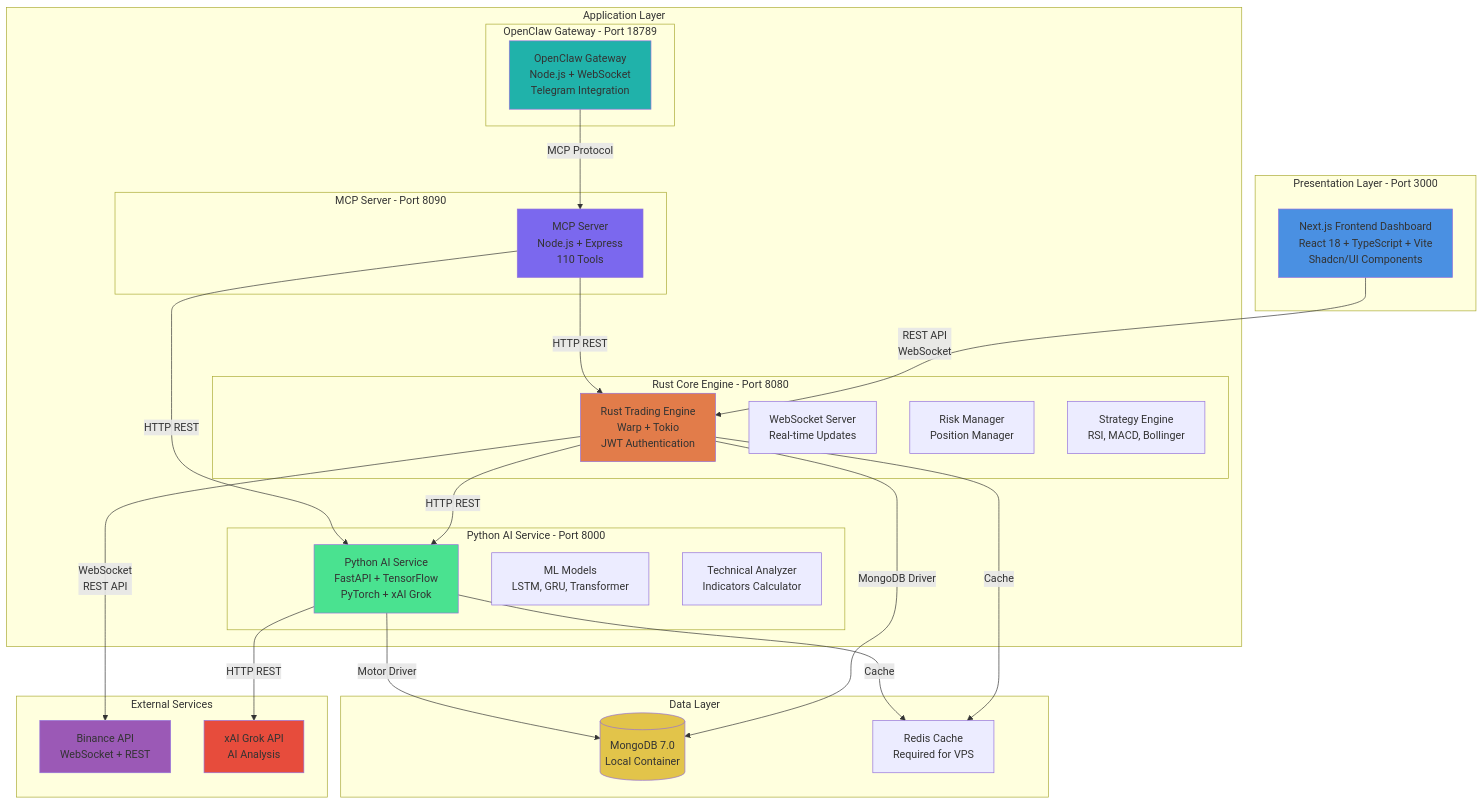
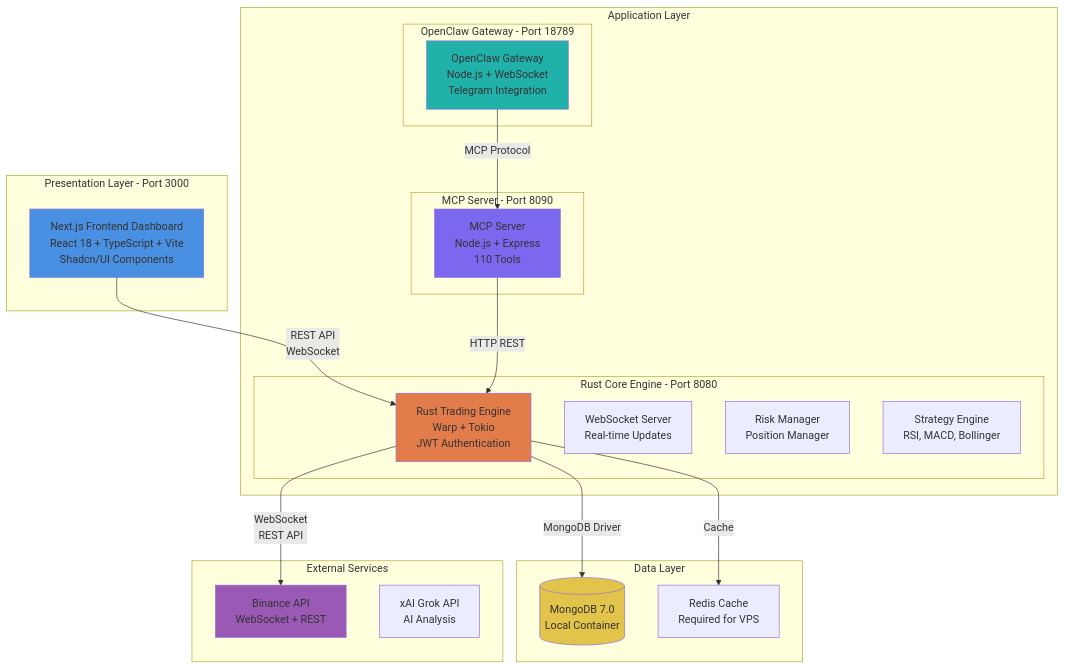
Before and after one commit to magic-ai-trading-bot/bot-core: the first of 4 diagrams in specifications/02-design/2.1-architecture/ARCH-OVERVIEW.md, drawn with Mermaid. The commit also changed other lines of this file and 92 other files, not shown here.

First line of the commit message:
chore: complete Python AI service cleanup across entire codebase

````diff
--- a/specifications/02-design/2.1-architecture/ARCH-OVERVIEW.md
+++ b/specifications/02-design/2.1-architecture/ARCH-OVERVIEW.md
@@ -84,60 +84,47 @@
 ```mermaid
 graph TB
     subgraph "Presentation Layer - Port 3000"
         FE[Next.js Frontend Dashboard<br/>React 18 + TypeScript + Vite<br/>Shadcn/UI Components]
     end
 
     subgraph "Application Layer"
         subgraph "Rust Core Engine - Port 8080"
             RUST[Rust Trading Engine<br/>Warp + Tokio<br/>JWT Authentication]
             WS[WebSocket Server<br/>Real-time Updates]
             RISK[Risk Manager<br/>Position Manager]
             STRAT[Strategy Engine<br/>RSI, MACD, Bollinger]
-        end
-
-        subgraph "Python AI Service - Port 8000"
-            PY[Python AI Service<br/>FastAPI + TensorFlow<br/>PyTorch + xAI Grok]
-            ML[ML Models<br/>LSTM, GRU, Transformer]
-            TA[Technical Analyzer<br/>Indicators Calculator]
         end
 
         subgraph "MCP Server - Port 8090"
             MCP[MCP Server<br/>Node.js + Express<br/>110 Tools]
         end
 
         subgraph "OpenClaw Gateway - Port 18789"
             OCG[OpenClaw Gateway<br/>Node.js + WebSocket<br/>Telegram Integration]
         end
     end
 
     subgraph "Data Layer"
         DB[(MongoDB 7.0<br/>Local Container)]
         CACHE[Redis Cache<br/>Required for VPS]
     end
 
     subgraph "External Services"
         BINANCE[Binance API<br/>WebSocket + REST]
         GROK[xAI Grok API<br/>AI Analysis]
     end
 
     FE -->|REST API<br/>WebSocket| RUST
-    RUST -->|HTTP REST| PY
-    PY -->|HTTP REST| GROK
     RUST -->|MongoDB Driver| DB
-    PY -->|Motor Driver| DB
     RUST -->|WebSocket<br/>REST API| BINANCE
     RUST -->|Cache| CACHE
-    PY -->|Cache| CACHE
     MCP -->|HTTP REST| RUST
-    MCP -->|HTTP REST| PY
     OCG -->|MCP Protocol| MCP
 
     style FE fill:#4A90E2
     style RUST fill:#E27C4A
-    style PY fill:#4AE290
     style DB fill:#E2C44A
     style BINANCE fill:#9B59B6
-    style GROK fill:#E74C3C
     style MCP fill:#7B68EE
     style OCG fill:#20B2AA
 ```
````
